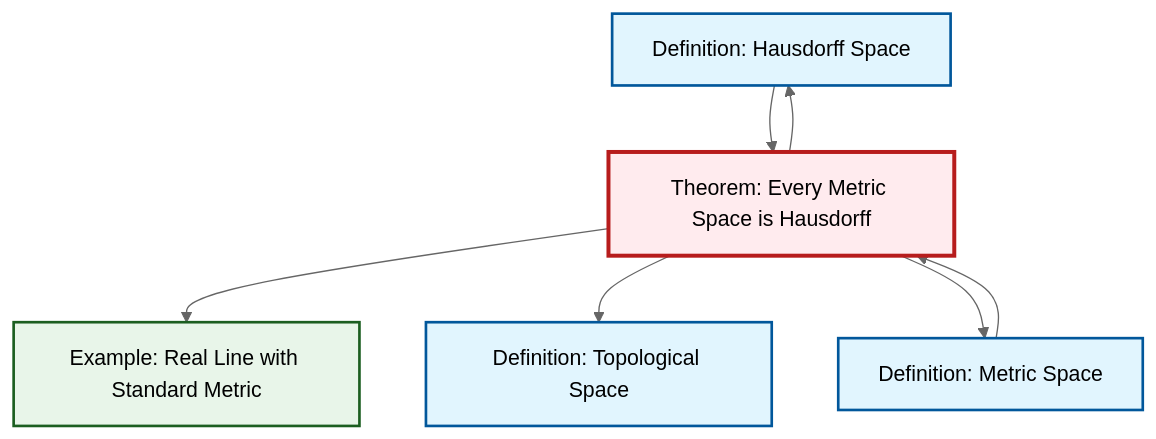
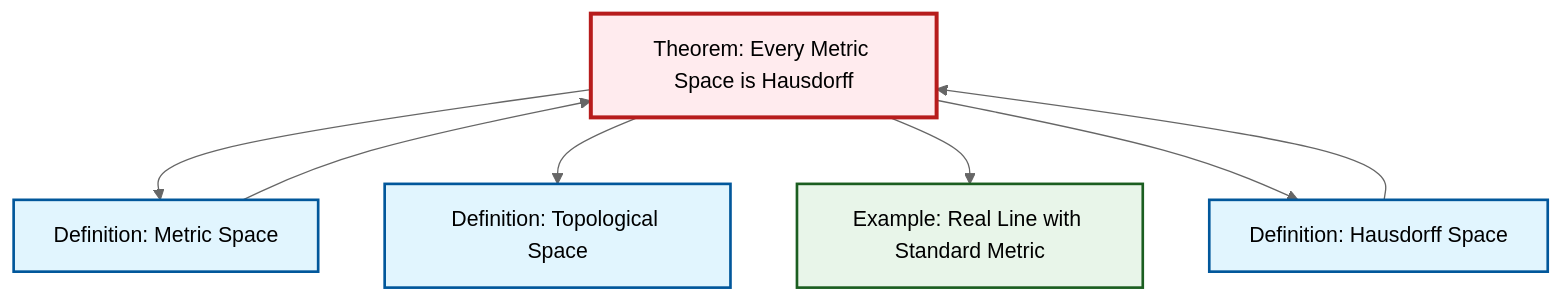
One commit to RK0429/ModernMath changed the diagram in output/mermaid/thm-metric-hausdorff.mermaid. Above: the diagram before and after it, drawn with Mermaid (neutral theme). The commit also changed other lines of this file and 1124 other files, not shown here.

````diff
--- a/output/mermaid/thm-metric-hausdorff.mermaid
+++ b/output/mermaid/thm-metric-hausdorff.mermaid
@@ -1,21 +1,21 @@
 ```{mermaid}
 %%| fig-cap: "Local dependency graph"
 graph TD
     classDef definition fill:#e1f5fe,stroke:#01579b,stroke-width:2px
     classDef theorem fill:#f3e5f5,stroke:#4a148c,stroke-width:2px
     classDef axiom fill:#fff3e0,stroke:#e65100,stroke-width:2px
     classDef example fill:#e8f5e9,stroke:#1b5e20,stroke-width:2px
     classDef current fill:#ffebee,stroke:#b71c1c,stroke-width:3px
-    def-hausdorff["Definition: Hausdorff Space"]:::definition
-    def-metric-space["Definition: Metric Space"]:::definition
     ex-real-line-metric["Example: Real Line with Standard Metric"]:::example
     thm-metric-hausdorff["Theorem: Every Metric Space is Hausdorff"]:::theorem
     def-topological-space["Definition: Topological Space"]:::definition
+    def-hausdorff["Definition: Hausdorff Space"]:::definition
+    def-metric-space["Definition: Metric Space"]:::definition
+    thm-metric-hausdorff --> def-metric-space
+    def-metric-space --> thm-metric-hausdorff
     def-hausdorff --> thm-metric-hausdorff
+    thm-metric-hausdorff --> def-topological-space
     thm-metric-hausdorff --> ex-real-line-metric
-    thm-metric-hausdorff --> def-topological-space
-    def-metric-space --> thm-metric-hausdorff
     thm-metric-hausdorff --> def-hausdorff
-    thm-metric-hausdorff --> def-metric-space
     class thm-metric-hausdorff current
 ```
````
